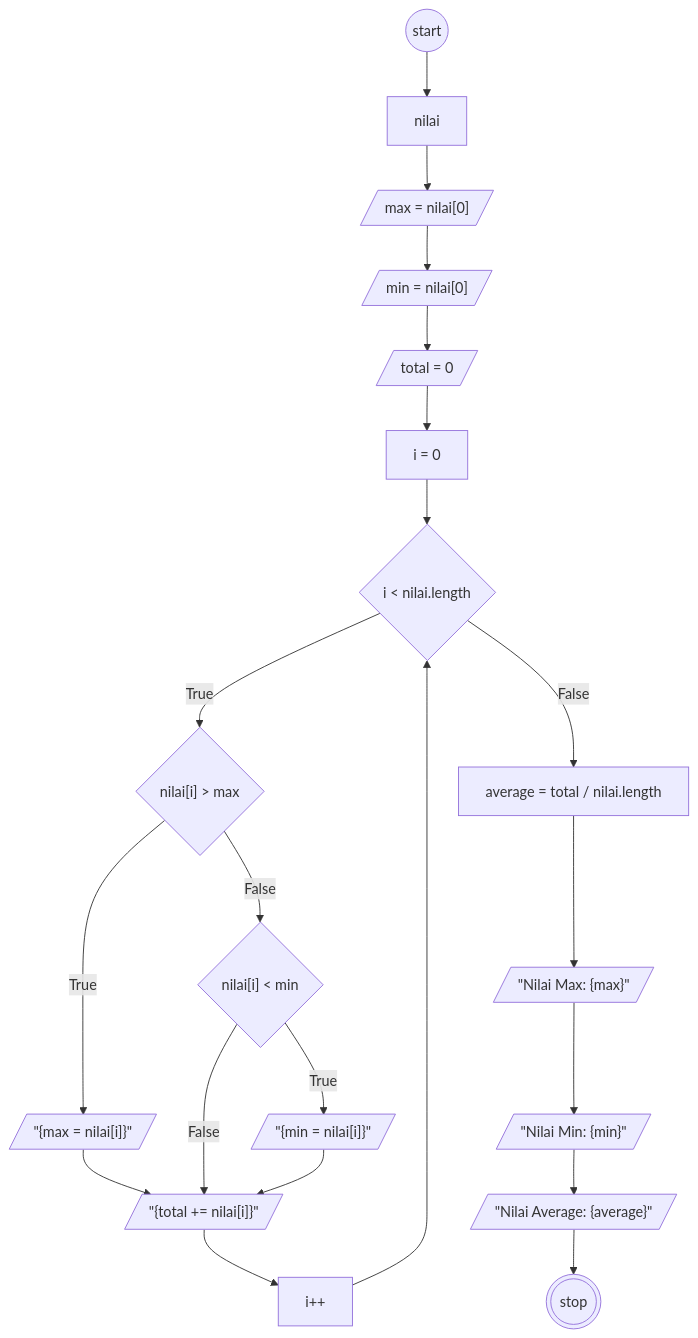
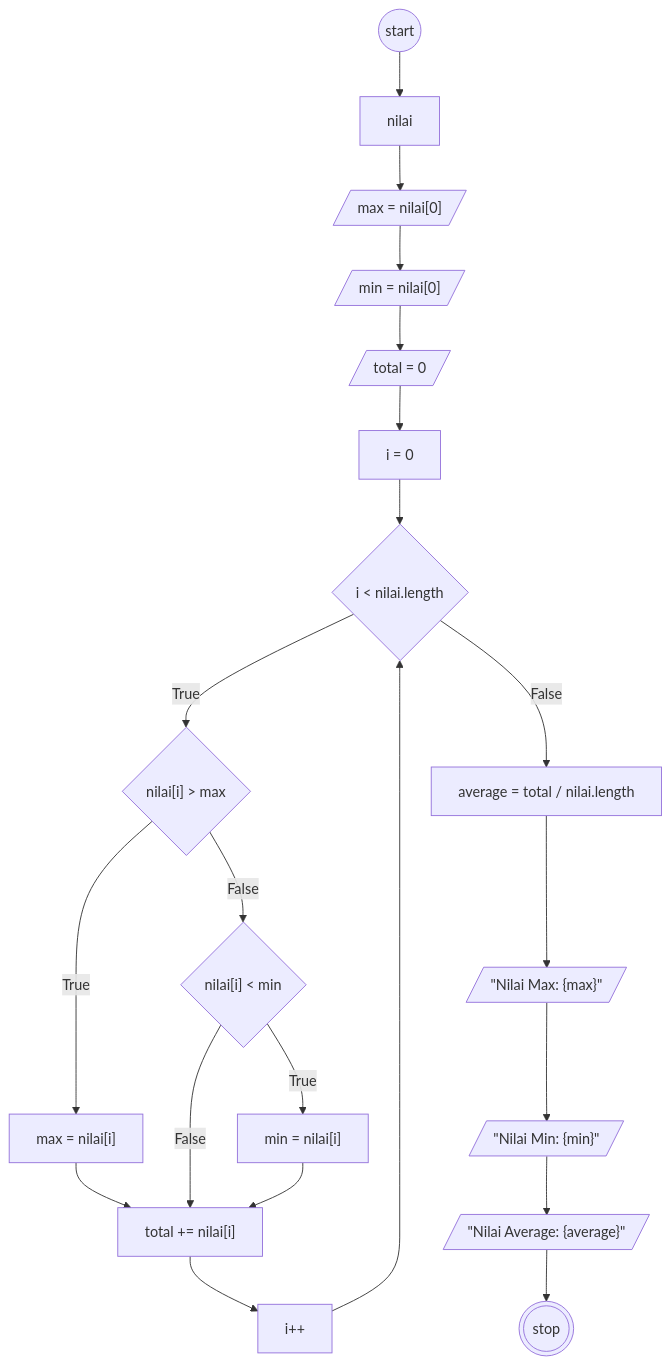
One commit to MuhamadRafliShidiq/koda-b8-javascript2 changed the diagram in readme.md. Above: the diagram before and after it, drawn with Mermaid.

````diff
--- a/readme.md
+++ b/readme.md
@@ -7,34 +7,34 @@
 ```mermaid
     flowchart TD
 
     a@{shape: circle, label: "start"}
     b@{shape: rect, label: "nilai" }
     c@{shape: lean-r, label: "max = nilai[0]"}
     d@{shape: lean-r, label: "min = nilai[0]"}
     e@{shape: lean-r, label: "total = 0"}
     f@{shape: rect, label: "i = 0" }
     g@{shape: diamond, label: "i < nilai.length"}
     h@{shape: diamond, label: "nilai[i] > max"}
-    i@{shape: lean-r, label: '"{max = nilai[i]}"'}
+    i@{shape: rect, label: 'max = nilai[i]'}
     j@{shape: diamond, label: "nilai[i] < min"}
-    k@{shape: lean-r, label: '"{min = nilai[i]}"'}
-    l@{shape: lean-r, label: '"{total += nilai[i]}"'}
+    k@{shape: rect, label: "min = nilai[i]"}
+    l@{shape: rect, label: "total += nilai[i]"}
     r@{shape: rect, label: "i++"}
 
     m@{shape: rect, label: "average = total / nilai.length" }
     n@{shape: lean-r, label: '"Nilai Max: {max}"'}
     q@{shape: lean-r, label: '"Nilai Min: {min}"'}
     p@{shape: lean-r, label: '"Nilai Average: {average}"'}
     z@{shape: dbl-circ, label: "stop"}
 
 
     a-->b-->c-->d-->e-->f-->g
     g--True-->h
     h--True-->i-->l
     h--False-->j
     j--False-->l
     j--True-->k-->l
     l-->r-->g
 
     g--False-->m-->n-->q-->p-->z
 ```
````
